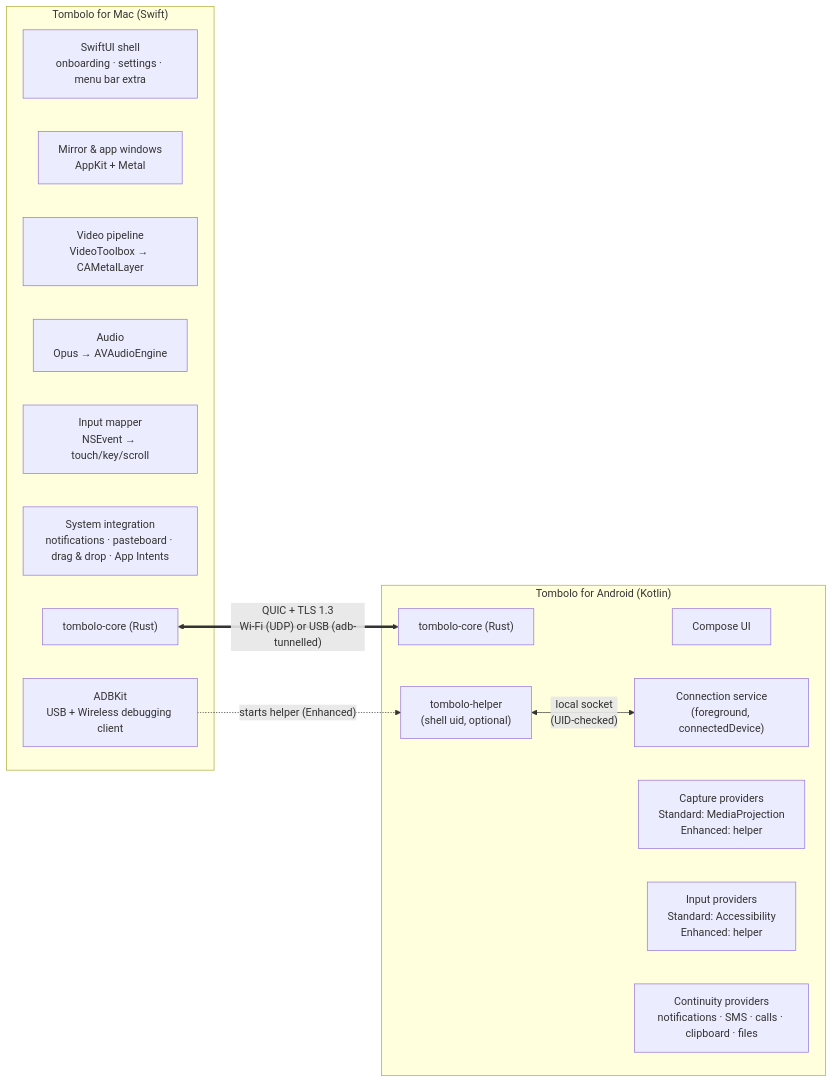
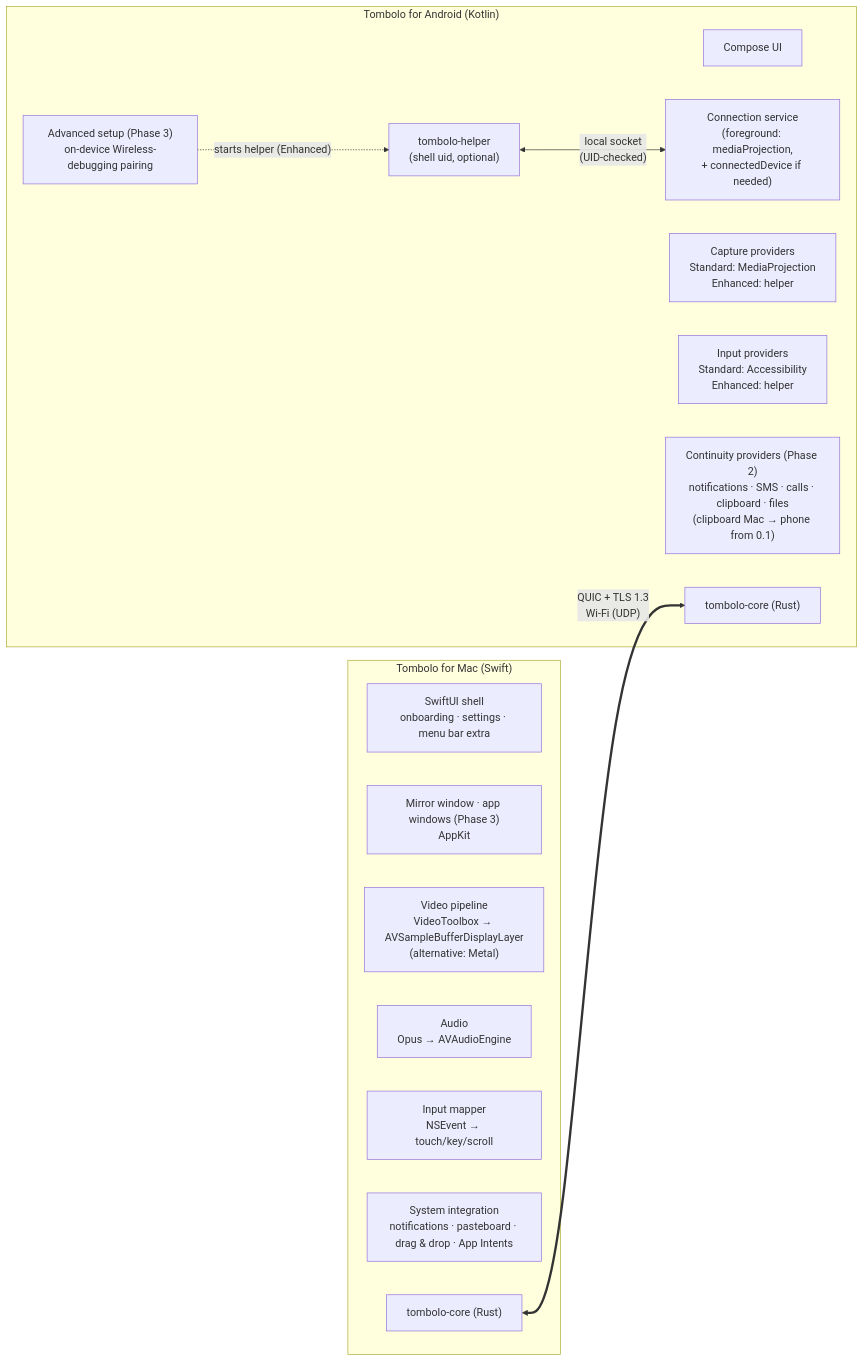
The diagram in docs/architecture.md (SaidulBadhon/tombolo), drawn with Mermaid before and after one commit. The commit also changed other lines of this file and 1 other file, not shown here.

First line of the commit message:
Re-plan A3: architecture and protocol for Standard mode first

````diff
--- a/docs/architecture.md
+++ b/docs/architecture.md
@@ -20,25 +30,25 @@
 ```mermaid
 flowchart LR
   subgraph Mac["Tombolo for Mac (Swift)"]
     UI["SwiftUI shell<br/>onboarding · settings · menu bar extra"]
-    MW["Mirror & app windows<br/>AppKit + Metal"]
-    VD["Video pipeline<br/>VideoToolbox → CAMetalLayer"]
+    MW["Mirror window · app windows (Phase 3)<br/>AppKit"]
+    VD["Video pipeline<br/>VideoToolbox → AVSampleBufferDisplayLayer<br/>(alternative: Metal)"]
     AU["Audio<br/>Opus → AVAudioEngine"]
     IN["Input mapper<br/>NSEvent → touch/key/scroll"]
     SI["System integration<br/>notifications · pasteboard · drag & drop · App Intents"]
-    ADB["ADBKit<br/>USB + Wireless debugging client"]
     CM["tombolo-core (Rust)"]
   end
   subgraph Phone["Tombolo for Android (Kotlin)"]
     AUI["Compose UI"]
-    SVC["Connection service<br/>(foreground, connectedDevice)"]
+    SVC["Connection service<br/>(foreground: mediaProjection,<br/>+ connectedDevice if needed)"]
     CAP["Capture providers<br/>Standard: MediaProjection<br/>Enhanced: helper"]
     INP["Input providers<br/>Standard: Accessibility<br/>Enhanced: helper"]
-    CONT["Continuity providers<br/>notifications · SMS · calls · clipboard · files"]
+    CONT["Continuity providers (Phase 2)<br/>notifications · SMS · calls · clipboard · files<br/>(clipboard Mac → phone from 0.1)"]
     CP["tombolo-core (Rust)"]
+    ADV["Advanced setup (Phase 3)<br/>on-device Wireless-debugging pairing"]
     HLP["tombolo-helper<br/>(shell uid, optional)"]
   end
-  CM <== "QUIC + TLS 1.3<br/>Wi-Fi (UDP) or USB (adb-tunnelled)" ==> CP
-  ADB -. "starts helper (Enhanced)" .-> HLP
+  CM <== "QUIC + TLS 1.3<br/>Wi-Fi (UDP)" ==> CP
+  ADV -. "starts helper (Enhanced)" .-> HLP
   HLP <-- "local socket<br/>(UID-checked)" --> SVC
 ```
````
